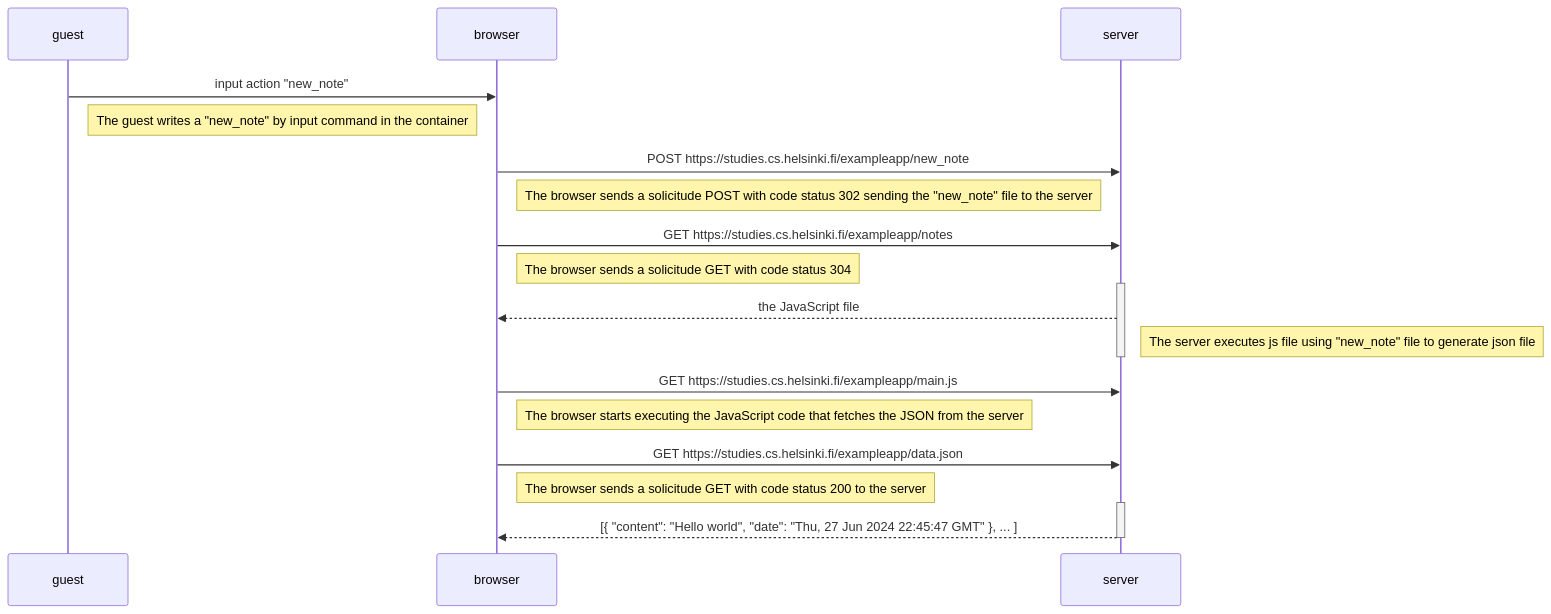
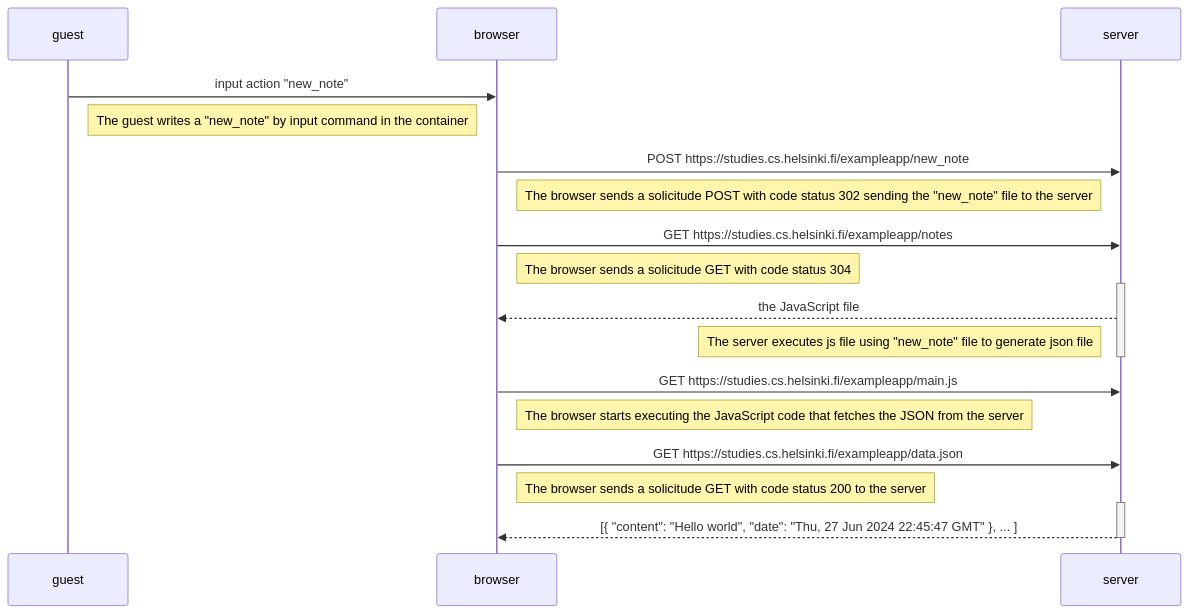
One commit to bacucan1/Fullstack-open-part-0-DG changed the diagram in Exercise_0.4_Fullstack_open.md. Above: the diagram before and after it, drawn with Mermaid.

````diff
--- a/Exercise_0.4_Fullstack_open.md
+++ b/Exercise_0.4_Fullstack_open.md
@@ -1,25 +1,25 @@
 ```mermaid
 sequenceDiagram
     participant guest
     participant browser
     participant server
 
     guest->>browser: input action "new_note"
     Note right of guest: The guest writes a "new_note" by input command in the container
     browser->>server: POST https://studies.cs.helsinki.fi/exampleapp/new_note
     Note right of browser: The browser sends a solicitude POST with code status 302 sending the "new_note" file to the server
     browser->>server: GET https://studies.cs.helsinki.fi/exampleapp/notes
     Note right of browser: The browser sends a solicitude GET with code status 304
     activate server
     server-->>browser: the JavaScript file
-    Note right of server: The server executes js file using "new_note" file to generate json file
+    Note left of server: The server executes js file using "new_note" file to generate json file
     deactivate server
     browser->>server: GET https://studies.cs.helsinki.fi/exampleapp/main.js
     Note right of browser: The browser starts executing the JavaScript code that fetches the JSON from the server
     browser->>server: GET https://studies.cs.helsinki.fi/exampleapp/data.json
     Note right of browser: The browser sends a solicitude GET with code status 200 to the server
     activate server
     server-->>browser: [{ "content": "Hello world", "date": "Thu, 27 Jun 2024 22:45:47 GMT" }, ... ]
     deactivate server
 
 ```
````
